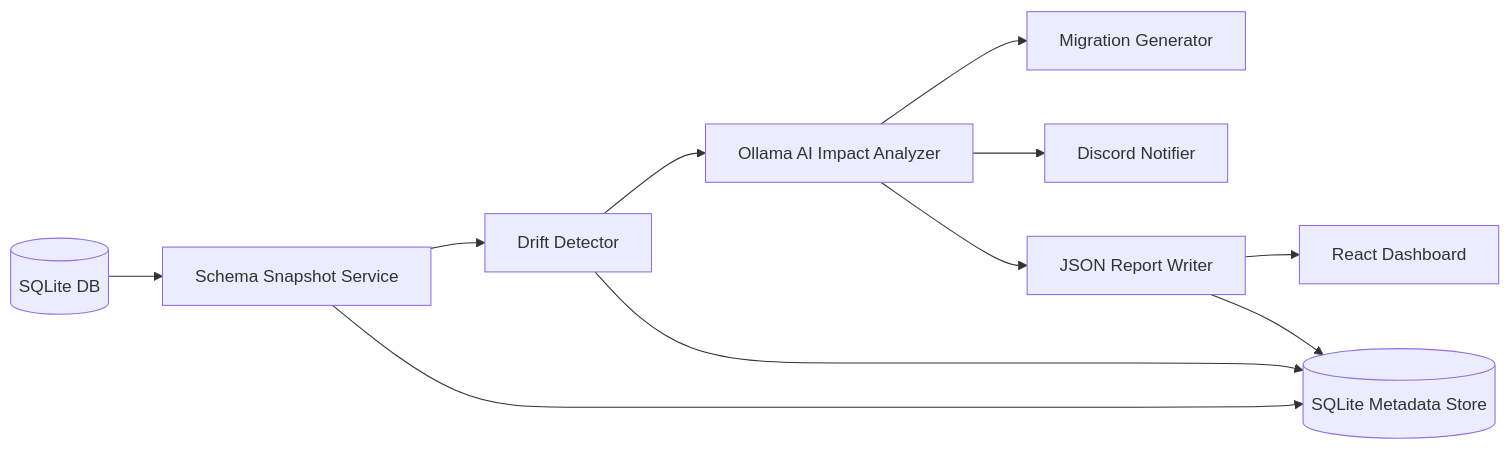
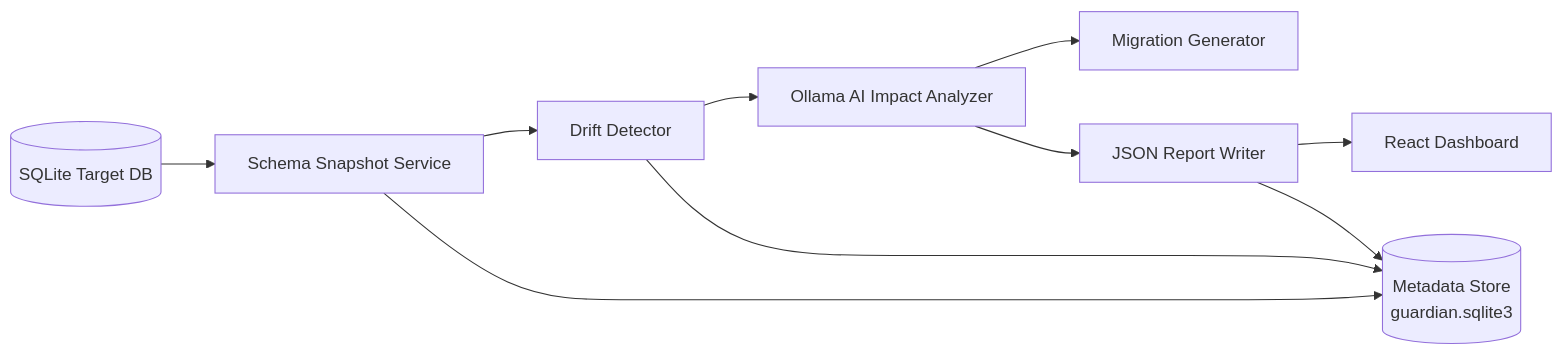
One commit to NithinPranav-007/Infinite-solution-team-19 changed the diagram in README.md. Above: the diagram before and after it, drawn with Mermaid. The commit also changed other lines of this file and 23 other files, not shown here.

First line of the commit message:
Refactor Schema Guardian to core drift monitoring with full documentation.

````diff
--- a/README.md
+++ b/README.md
@@ -11,13 +73,12 @@
 ```mermaid
 flowchart LR
-  DB[(SQLite DB)] --> SNAP[Schema Snapshot Service]
+  DB[(SQLite Target DB)] --> SNAP[Schema Snapshot Service]
   SNAP --> DRIFT[Drift Detector]
   DRIFT --> AI[Ollama AI Impact Analyzer]
   AI --> MIG[Migration Generator]
-  AI --> NOTIFY[Discord Notifier]
-  SNAP --> STORE[(SQLite Metadata Store)]
+  SNAP --> STORE[(Metadata Store<br/>guardian.sqlite3)]
   DRIFT --> STORE
   AI --> REPORT[JSON Report Writer]
   REPORT --> STORE
   REPORT --> UI[React Dashboard]
 ```
````
